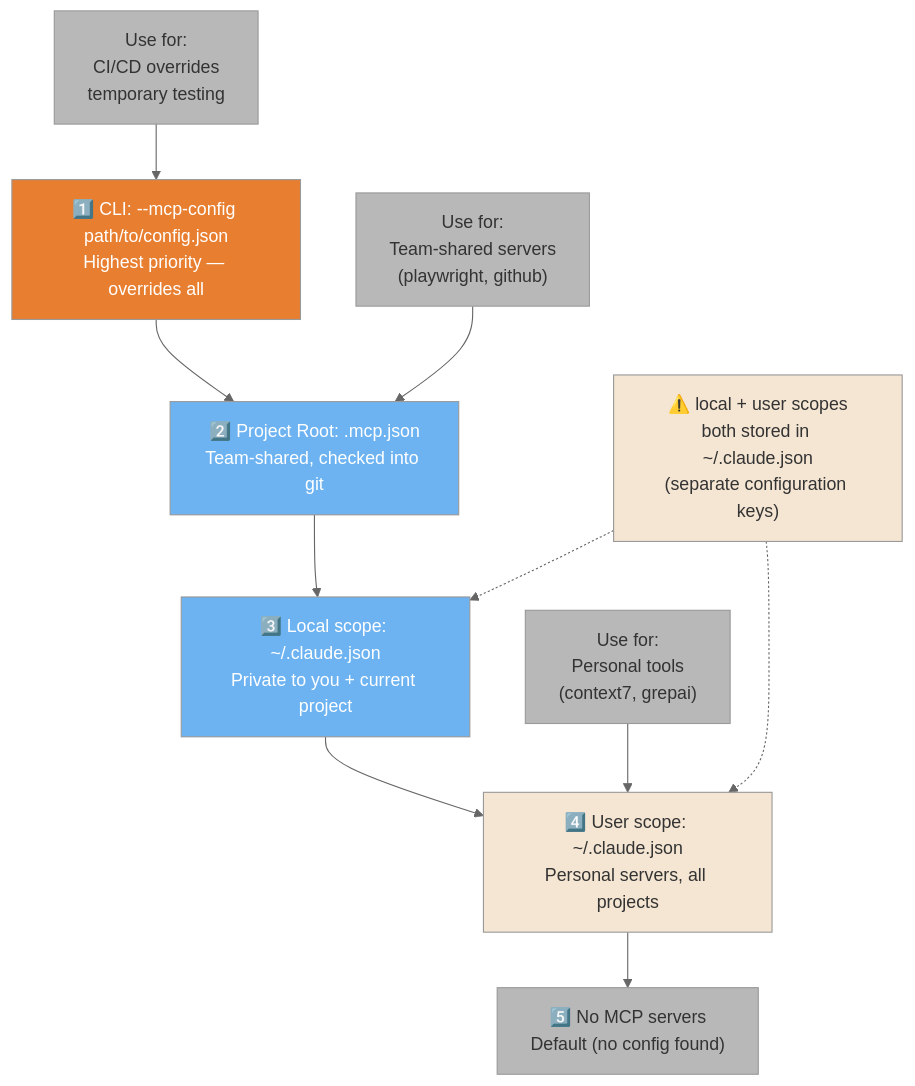
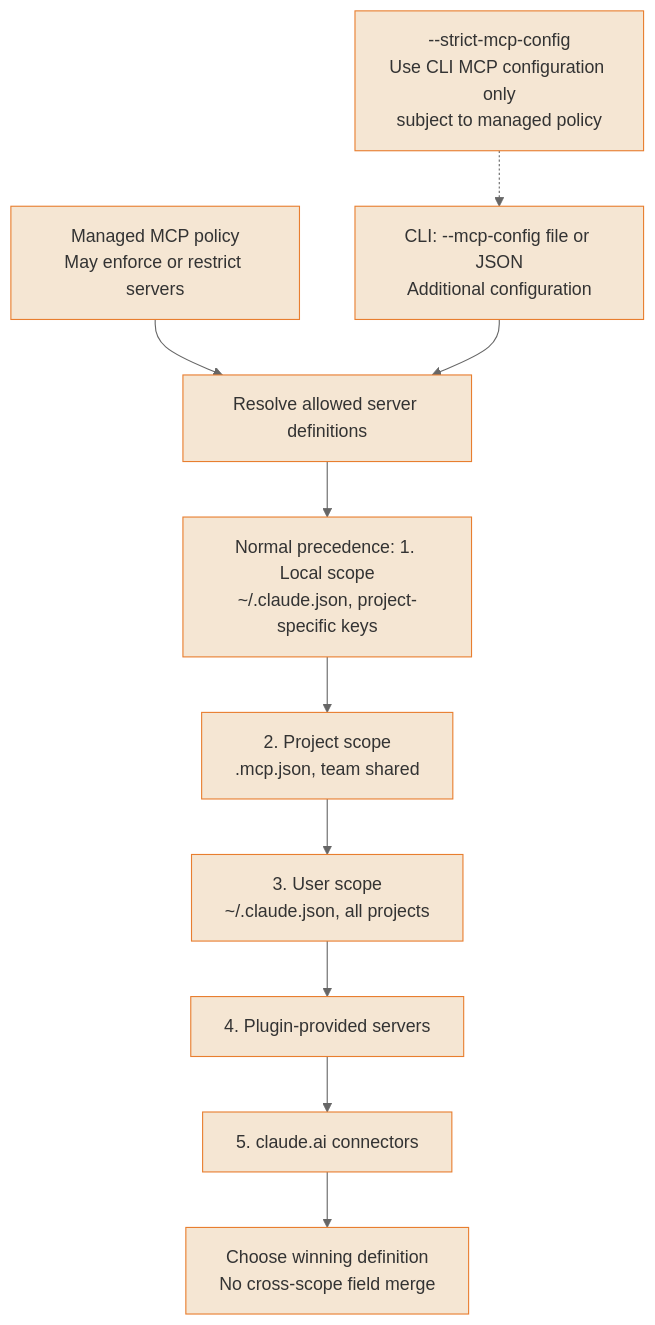
One commit to FlorianBruniaux/claude-code-ultimate-guide changed the fourth of 4 diagrams in guide/diagrams/05-mcp-ecosystem.md. Above: the diagram before and after it, drawn with Mermaid (neutral theme). The commit also changed other lines of this file and 17 other files, not shown here.

Commit message:
docs: refresh all diagrams and correct their source guidance

````diff
--- a/guide/diagrams/05-mcp-ecosystem.md
+++ b/guide/diagrams/05-mcp-ecosystem.md
@@ -220,33 +175,23 @@
 ```mermaid
 flowchart TD
-    A["1️⃣ CLI: --mcp-config path/to/config.json<br/>Highest priority — overrides all"] --> B["2️⃣ Project Root: .mcp.json<br/>Team-shared, checked into git"]
-    B --> C["3️⃣ Local scope: ~/.claude.json<br/>Private to you + current project"]
-    C --> D["4️⃣ User scope: ~/.claude.json<br/>Personal servers, all projects"]
-    D --> E["5️⃣ No MCP servers<br/>Default (no config found)"]
-
-    A1["Use for:<br/>CI/CD overrides<br/>temporary testing"] --> A
-    B1["Use for:<br/>Team-shared servers<br/>(playwright, github)"] --> B
-    D1["Use for:<br/>Personal tools<br/>(context7, grepai)"] --> D
-
-    NOTE2["⚠️ local + user scopes<br/>both stored in ~/.claude.json<br/>(separate configuration keys)"] -.-> C
-    NOTE2 -.-> D
-
-    style A fill:#E87E2F,color:#fff
-    style B fill:#6DB3F2,color:#fff
-    style C fill:#6DB3F2,color:#fff
-    style D fill:#F5E6D3,color:#333
-    style E fill:#B8B8B8,color:#333
-    style A1 fill:#B8B8B8,color:#333
-    style B1 fill:#B8B8B8,color:#333
-    style D1 fill:#B8B8B8,color:#333
-    style NOTE2 fill:#F5E6D3,color:#333
-
-    click A href "https://github.com/FlorianBruniaux/claude-code-ultimate-guide/blob/main/guide/ultimate-guide.md#83-configuration" "CLI --mcp-config flag"
-    click B href "https://github.com/FlorianBruniaux/claude-code-ultimate-guide/blob/main/guide/ultimate-guide.md#83-configuration" "Project .claude/mcp.json"
-    click C href "https://github.com/FlorianBruniaux/claude-code-ultimate-guide/blob/main/guide/ultimate-guide.md#83-configuration" "Project Root .mcp.json"
-    click D href "https://github.com/FlorianBruniaux/claude-code-ultimate-guide/blob/main/guide/ultimate-guide.md#83-configuration" "User scope ~/.claude.json"
-    click E href "https://github.com/FlorianBruniaux/claude-code-ultimate-guide/blob/main/guide/ultimate-guide.md#81-what-is-mcp" "No MCP servers"
-    click A1 href "https://github.com/FlorianBruniaux/claude-code-ultimate-guide/blob/main/guide/ultimate-guide.md#83-configuration" "CI/CD overrides"
-    click B1 href "https://github.com/FlorianBruniaux/claude-code-ultimate-guide/blob/main/guide/ultimate-guide.md#83-configuration" "Team-shared servers"
-    click D1 href "https://github.com/FlorianBruniaux/claude-code-ultimate-guide/blob/main/guide/ultimate-guide.md#83-configuration" "Personal tools"
+    POLICY["Managed MCP policy<br/>May enforce or restrict servers"] --> RESOLVE["Resolve allowed server definitions"]
+    CLI["CLI: --mcp-config file or JSON<br/>Additional configuration"] --> RESOLVE
+    STRICT["--strict-mcp-config<br/>Use CLI MCP configuration only<br/>subject to managed policy"] -.-> CLI
+    RESOLVE --> LOCAL["Normal precedence: 1. Local scope<br/>~/.claude.json, project-specific keys"]
+    LOCAL --> PROJECT["2. Project scope<br/>.mcp.json, team shared"]
+    PROJECT --> USER["3. User scope<br/>~/.claude.json, all projects"]
+    USER --> PLUGIN["4. Plugin-provided servers"]
+    PLUGIN --> CONNECTOR["5. claude.ai connectors"]
+    CONNECTOR --> WIN["Choose winning definition<br/>No cross-scope field merge"]
+    classDef default fill:#F5E6D3,color:#333,stroke:#E87E2F
+    click POLICY href "https://github.com/FlorianBruniaux/claude-code-ultimate-guide/blob/main/guide/ultimate-guide.md#83-configuration" "View this pattern in the guide"
+    click RESOLVE href "https://github.com/FlorianBruniaux/claude-code-ultimate-guide/blob/main/guide/ultimate-guide.md#83-configuration" "View this pattern in the guide"
+    click CLI href "https://github.com/FlorianBruniaux/claude-code-ultimate-guide/blob/main/guide/ultimate-guide.md#83-configuration" "View this pattern in the guide"
+    click STRICT href "https://github.com/FlorianBruniaux/claude-code-ultimate-guide/blob/main/guide/ultimate-guide.md#83-configuration" "View this pattern in the guide"
+    click LOCAL href "https://github.com/FlorianBruniaux/claude-code-ultimate-guide/blob/main/guide/ultimate-guide.md#83-configuration" "View this pattern in the guide"
+    click PROJECT href "https://github.com/FlorianBruniaux/claude-code-ultimate-guide/blob/main/guide/ultimate-guide.md#83-configuration" "View this pattern in the guide"
+    click USER href "https://github.com/FlorianBruniaux/claude-code-ultimate-guide/blob/main/guide/ultimate-guide.md#83-configuration" "View this pattern in the guide"
+    click PLUGIN href "https://github.com/FlorianBruniaux/claude-code-ultimate-guide/blob/main/guide/ultimate-guide.md#83-configuration" "View this pattern in the guide"
+    click CONNECTOR href "https://github.com/FlorianBruniaux/claude-code-ultimate-guide/blob/main/guide/ultimate-guide.md#83-configuration" "View this pattern in the guide"
+    click WIN href "https://github.com/FlorianBruniaux/claude-code-ultimate-guide/blob/main/guide/ultimate-guide.md#83-configuration" "View this pattern in the guide"
 ```
````
